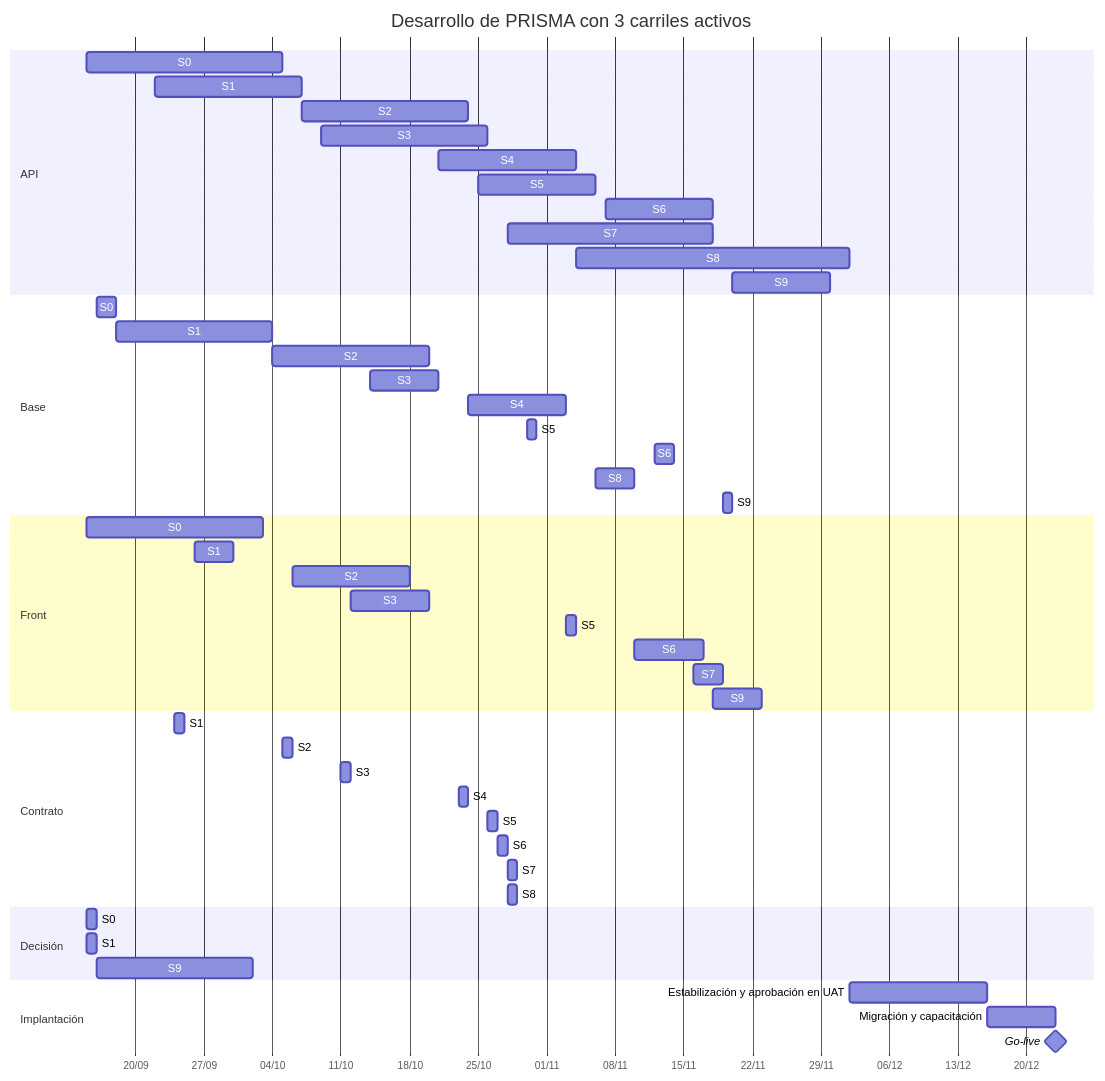
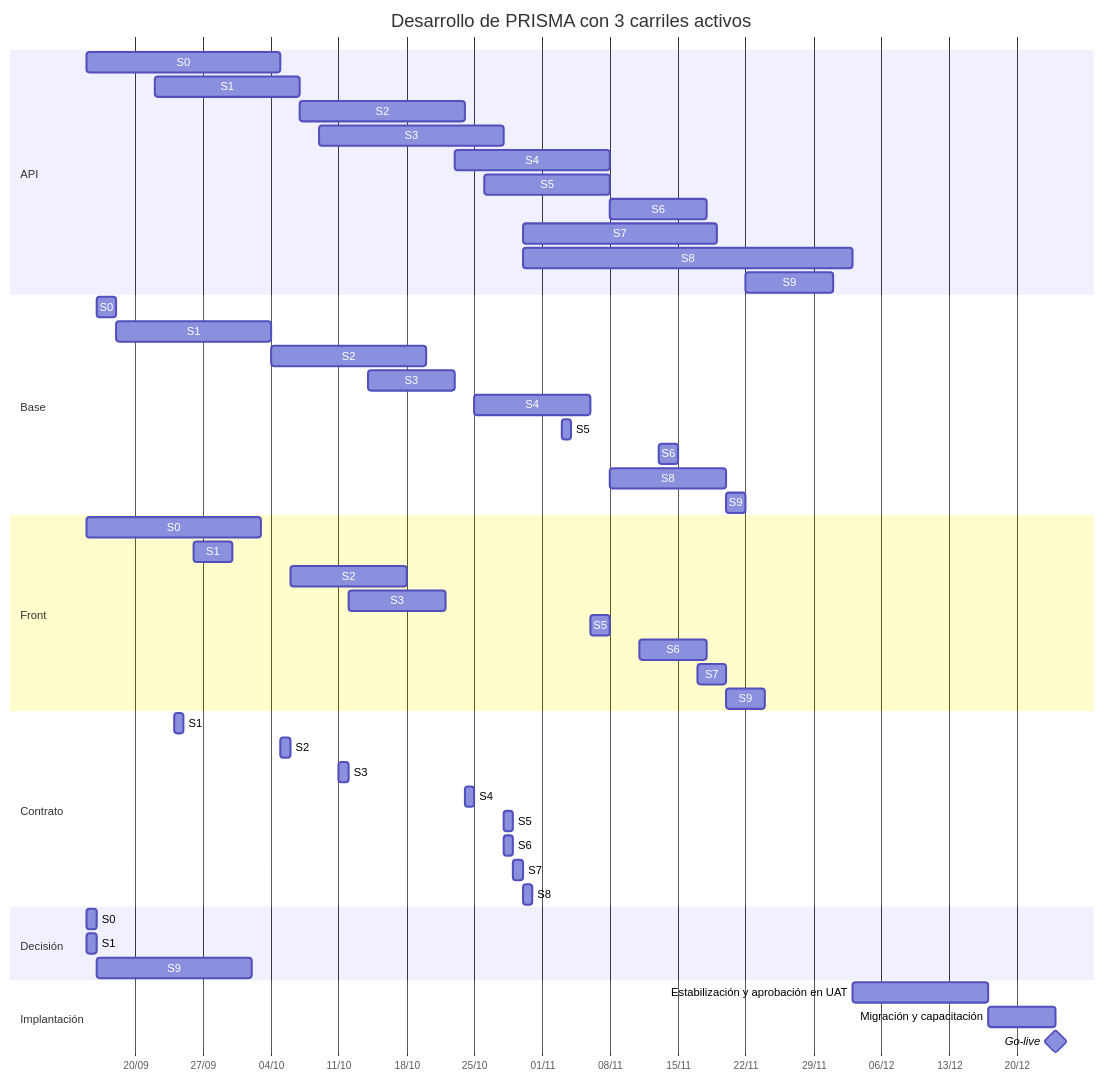
Before and after one commit to Juanchope039/Finanzas-PRISMA: the first of 2 diagrams in docs/08-plan-de-desarrollo.md, drawn with Mermaid. The commit also changed other lines of this file and 3 other files, not shown here.

````diff
--- a/docs/08-plan-de-desarrollo.md
+++ b/docs/08-plan-de-desarrollo.md
@@ -172,59 +172,59 @@
 ```mermaid
 gantt
     title Desarrollo de PRISMA con 3 carriles activos
     dateFormat YYYY-MM-DD
     axisFormat %d/%m
 
     section API
     S0 :api0, 2026-09-15, 2026-10-05
     S1 :api1, 2026-09-22, 2026-10-07
     S2 :api2, 2026-10-07, 2026-10-24
-    S3 :api3, 2026-10-09, 2026-10-26
-    S4 :api4, 2026-10-21, 2026-11-04
-    S5 :api5, 2026-10-25, 2026-11-06
-    S6 :api6, 2026-11-07, 2026-11-18
-    S7 :api7, 2026-10-28, 2026-11-18
-    S8 :api8, 2026-11-04, 2026-12-02
-    S9 :api9, 2026-11-20, 2026-11-30
+    S3 :api3, 2026-10-09, 2026-10-28
+    S4 :api4, 2026-10-23, 2026-11-08
+    S5 :api5, 2026-10-26, 2026-11-08
+    S6 :api6, 2026-11-08, 2026-11-18
+    S7 :api7, 2026-10-30, 2026-11-19
+    S8 :api8, 2026-10-30, 2026-12-03
+    S9 :api9, 2026-11-22, 2026-12-01
 
     section Base
     S0 :base0, 2026-09-16, 2026-09-18
     S1 :base1, 2026-09-18, 2026-10-04
     S2 :base2, 2026-10-04, 2026-10-20
-    S3 :base3, 2026-10-14, 2026-10-21
-    S4 :base4, 2026-10-24, 2026-11-03
-    S5 :base5, 2026-10-30, 2026-10-31
-    S6 :base6, 2026-11-12, 2026-11-14
-    S8 :base8, 2026-11-06, 2026-11-10
-    S9 :base9, 2026-11-19, 2026-11-20
+    S3 :base3, 2026-10-14, 2026-10-23
+    S4 :base4, 2026-10-25, 2026-11-06
+    S5 :base5, 2026-11-03, 2026-11-04
+    S6 :base6, 2026-11-13, 2026-11-15
+    S8 :base8, 2026-11-08, 2026-11-20
+    S9 :base9, 2026-11-20, 2026-11-22
 
     section Front
     S0 :front0, 2026-09-15, 2026-10-03
     S1 :front1, 2026-09-26, 2026-09-30
     S2 :front2, 2026-10-06, 2026-10-18
-    S3 :front3, 2026-10-12, 2026-10-20
-    S5 :front5, 2026-11-03, 2026-11-04
-    S6 :front6, 2026-11-10, 2026-11-17
-    S7 :front7, 2026-11-16, 2026-11-19
-    S9 :front9, 2026-11-18, 2026-11-23
+    S3 :front3, 2026-10-12, 2026-10-22
+    S5 :front5, 2026-11-06, 2026-11-08
+    S6 :front6, 2026-11-11, 2026-11-18
+    S7 :front7, 2026-11-17, 2026-11-20
+    S9 :front9, 2026-11-20, 2026-11-24
 
     section Contrato
     S1 :contrato1, 2026-09-24, 2026-09-25
     S2 :contrato2, 2026-10-05, 2026-10-06
     S3 :contrato3, 2026-10-11, 2026-10-12
-    S4 :contrato4, 2026-10-23, 2026-10-24
-    S5 :contrato5, 2026-10-26, 2026-10-27
-    S6 :contrato6, 2026-10-27, 2026-10-28
-    S7 :contrato7, 2026-10-28, 2026-10-29
-    S8 :contrato8, 2026-10-28, 2026-10-29
+    S4 :contrato4, 2026-10-24, 2026-10-25
+    S5 :contrato5, 2026-10-28, 2026-10-29
+    S6 :contrato6, 2026-10-28, 2026-10-29
+    S7 :contrato7, 2026-10-29, 2026-10-30
+    S8 :contrato8, 2026-10-30, 2026-10-31
 
     section Decisión
     S0 :decisin0, 2026-09-15, 2026-09-16
     S1 :decisin1, 2026-09-15, 2026-09-16
     S9 :decisin9, 2026-09-16, 2026-10-02
 
     section Implantación
-    Estabilización y aprobación en UAT :est, 2026-12-02, 2026-12-16
-    Migración y capacitación :mig, 2026-12-16, 2026-12-23
-    Go-live :milestone, 2026-12-23, 0d
+    Estabilización y aprobación en UAT :est, 2026-12-03, 2026-12-17
+    Migración y capacitación :mig, 2026-12-17, 2026-12-24
+    Go-live :milestone, 2026-12-24, 0d
 ```
````
